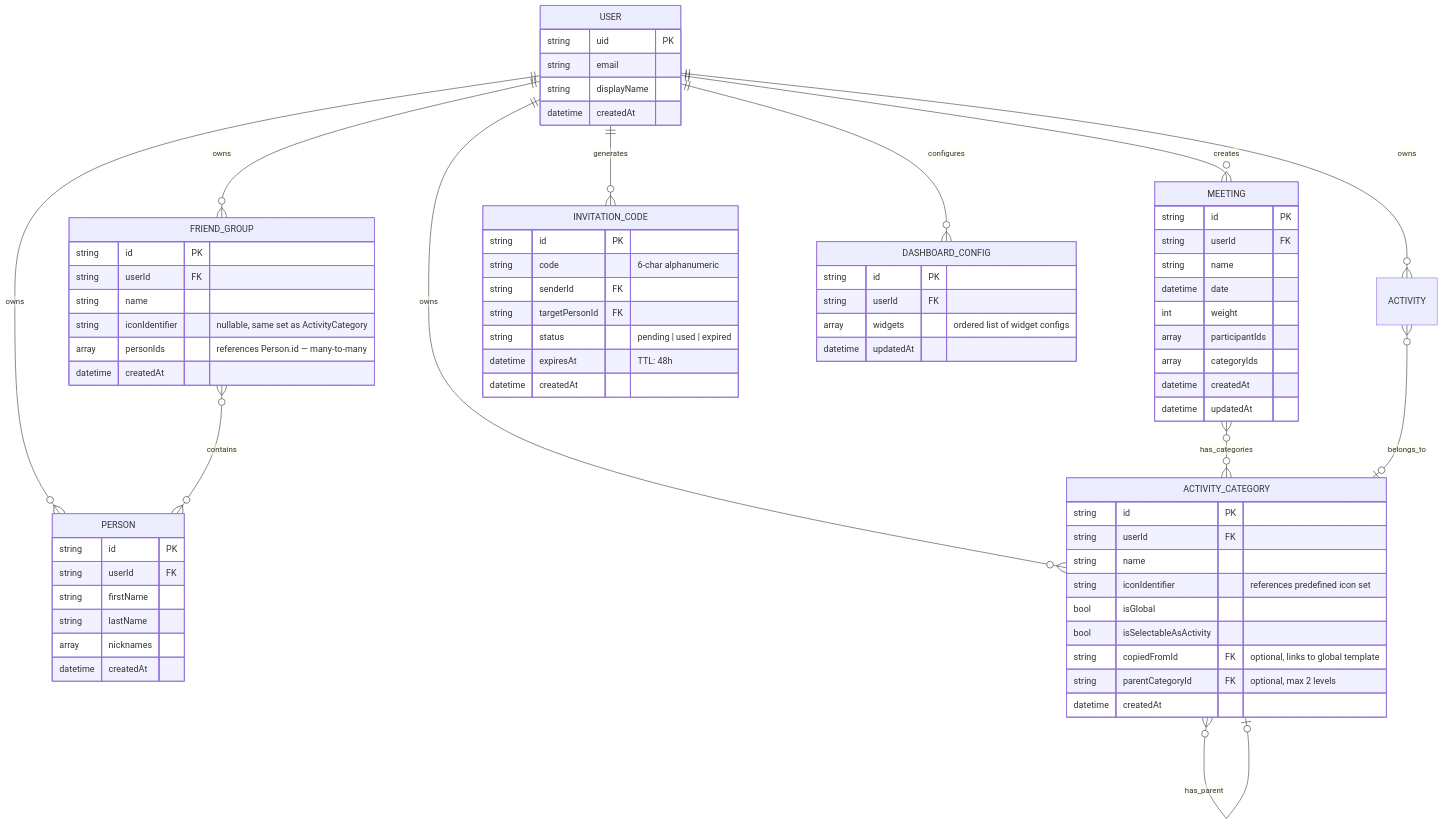
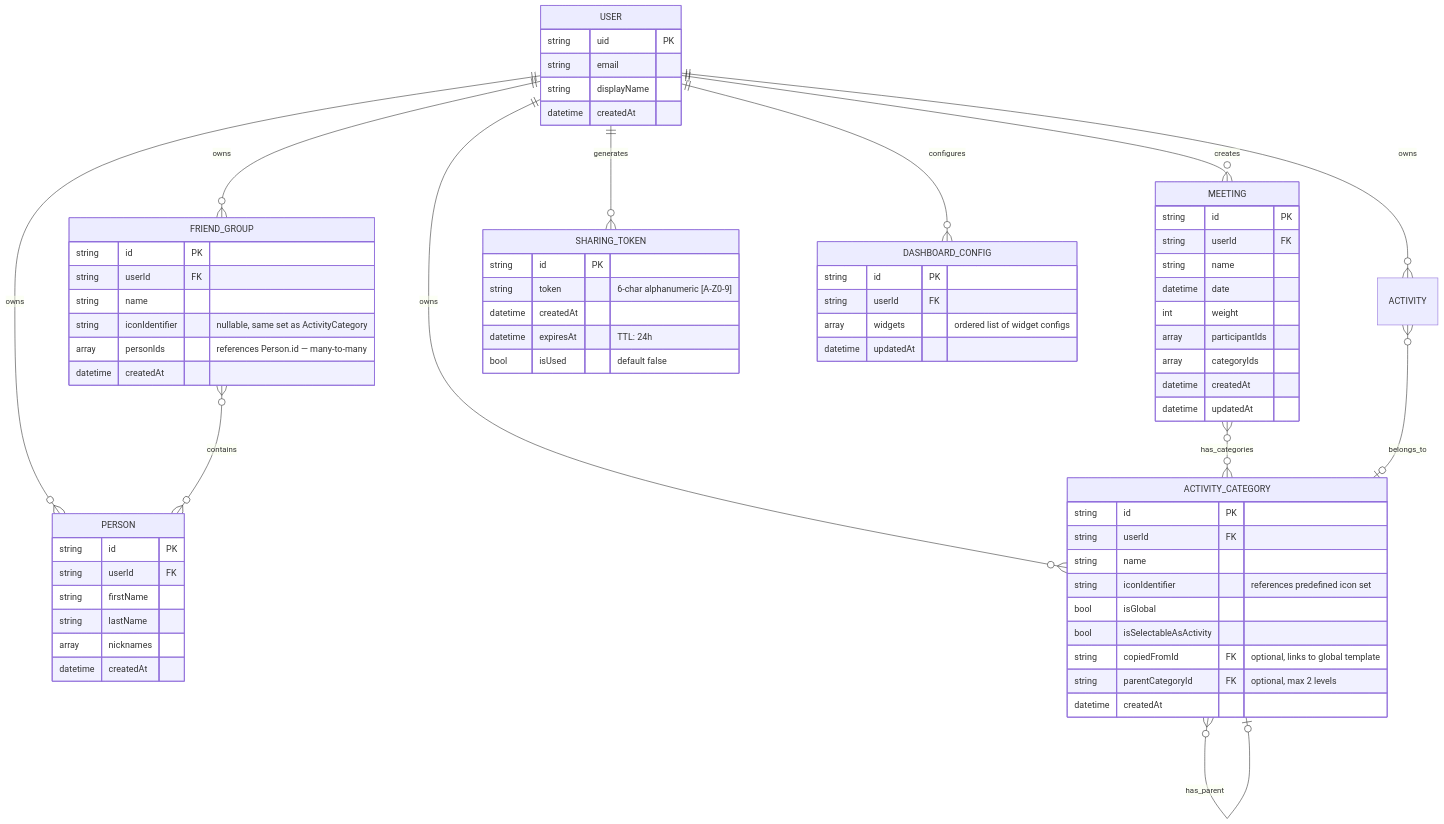
One commit to aleksanderginalski/Friendsheet-App changed the second of 5 diagrams in docs/architecture.md. Above: the diagram before and after it, drawn with Mermaid. The commit also changed other lines of this file and 3 other files, not shown here.

Commit message:
docs: update documentation for US-089 (BACKLOG.md, architecture.md, TEST_CASES.md, README.md)

````diff
--- a/docs/architecture.md
+++ b/docs/architecture.md
@@ -51,80 +51,78 @@
 ```mermaid
 erDiagram
     USER ||--o{ MEETING : creates
     USER ||--o{ PERSON : owns
     USER ||--o{ ACTIVITY : owns
     USER ||--o{ ACTIVITY_CATEGORY : owns
     USER ||--o{ FRIEND_GROUP : owns
-    USER ||--o{ INVITATION_CODE : generates
+    USER ||--o{ SHARING_TOKEN : generates
     USER ||--o{ DASHBOARD_CONFIG : configures
     MEETING }o--o{ ACTIVITY_CATEGORY : has_categories
     ACTIVITY }o--o| ACTIVITY_CATEGORY : belongs_to
     ACTIVITY_CATEGORY }o--o| ACTIVITY_CATEGORY : has_parent
     FRIEND_GROUP }o--o{ PERSON : contains
 
     USER {
         string uid PK
         string email
         string displayName
         datetime createdAt
     }
     
     MEETING {
         string id PK
         string userId FK
         string name
         datetime date
         int weight
         array participantIds
         array categoryIds
         datetime createdAt
         datetime updatedAt
     }
     
     PERSON {
         string id PK
         string userId FK
         string firstName
         string lastName
         array nicknames
         datetime createdAt
     }
     
     FRIEND_GROUP {
         string id PK
         string userId FK
         string name
         string iconIdentifier "nullable, same set as ActivityCategory"
         array personIds "references Person.id — many-to-many"
         datetime createdAt
     }
     
     ACTIVITY_CATEGORY {
         string id PK
         string userId FK
         string name
         string iconIdentifier "references predefined icon set"
         bool isGlobal
         bool isSelectableAsActivity
         string copiedFromId FK "optional, links to global template"
         string parentCategoryId FK "optional, max 2 levels"
         datetime createdAt
     }
 
-    INVITATION_CODE {
+    SHARING_TOKEN {
         string id PK
-        string code "6-char alphanumeric"
-        string senderId FK
-        string targetPersonId FK
-        string status "pending | used | expired"
-        datetime expiresAt "TTL: 48h"
+        string token "6-char alphanumeric [A-Z0-9]"
         datetime createdAt
+        datetime expiresAt "TTL: 24h"
+        bool isUsed "default false"
     }
 
     DASHBOARD_CONFIG {
         string id PK
         string userId FK
         array widgets "ordered list of widget configs"
         datetime updatedAt
     }
 ```
````
